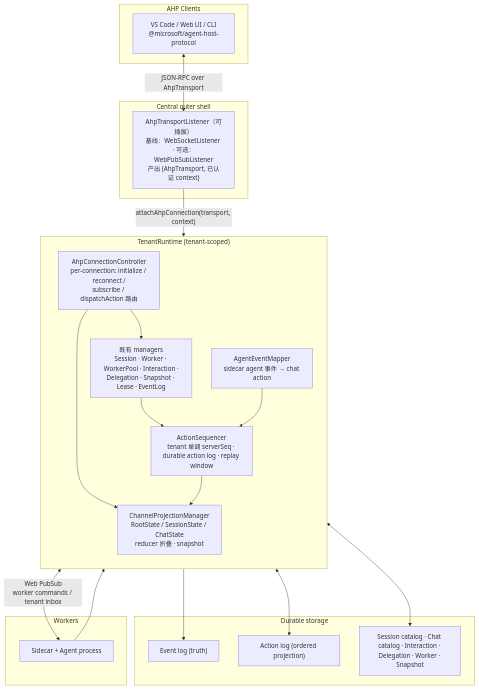
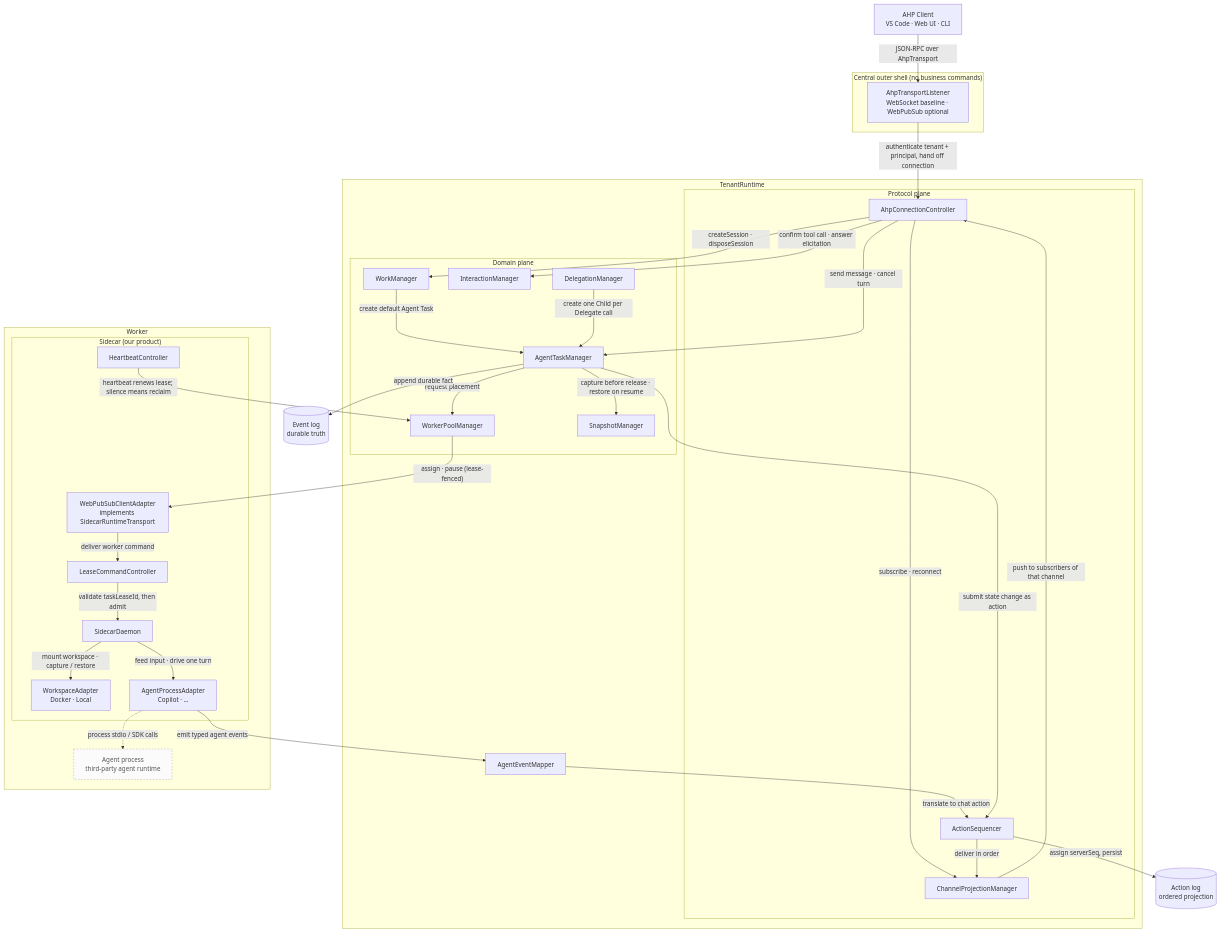
One commit to zackliu/newconduit changed the diagram in specs/ahp-host-alignment-ch.md. Above: the diagram before and after it, drawn with Mermaid. The commit also changed other lines of this file and 1 other file, not shown here.

````diff
--- a/specs/ahp-host-alignment-ch.md
+++ b/specs/ahp-host-alignment-ch.md
@@ -424,42 +510,73 @@
 ```mermaid
 flowchart TB
-    subgraph Clients["AHP Clients"]
-        VSC["VS Code / Web UI / CLI<br/>@microsoft/agent-host-protocol"]
+    VSC["AHP Client<br/>VS Code · Web UI · CLI"]
+
+    subgraph Outer["Central outer shell (no business commands)"]
+        LSN["AhpTransportListener<br/>WebSocket baseline · WebPubSub optional"]
     end
 
-    subgraph Outer["Central outer shell"]
-        LSN["AhpTransportListener（可插拔）<br/>基线：WebSocketListener · 可选：WebPubSubListener<br/>产出 (AhpTransport, 已认证 context)"]
+    subgraph Tenant["TenantRuntime"]
+        subgraph Proto["Protocol plane"]
+            AHPC["AhpConnectionController"]
+            SEQ["ActionSequencer"]
+            PROJ["ChannelProjectionManager"]
+        end
+        MAP["AgentEventMapper"]
+        subgraph Domain["Domain plane"]
+            WORK["WorkManager"]
+            TASK["AgentTaskManager"]
+            INT["InteractionManager"]
+            DEL["DelegationManager"]
+            POOL["WorkerPoolManager"]
+            SNAP["SnapshotManager"]
+        end
     end
 
-    subgraph Tenant["TenantRuntime (tenant-scoped)"]
-        direction TB
-        AHPC["AhpConnectionController<br/>per-connection: initialize / reconnect /<br/>subscribe / dispatchAction 路由"]
-        SEQ["ActionSequencer<br/>tenant 单调 serverSeq · durable action log · replay window"]
-        PROJ["ChannelProjectionManager<br/>RootState / SessionState / ChatState<br/>reducer 折叠 · snapshot"]
-        MAP["AgentEventMapper<br/>sidecar agent 事件 → chat action"]
-        MGR["既有 managers<br/>Session · Worker · WorkerPool · Interaction ·<br/>Delegation · Snapshot · Lease · EventLog"]
-        AHPC --> PROJ
-        AHPC --> MGR
-        MGR --> SEQ
-        MAP --> SEQ
-        SEQ --> PROJ
+    subgraph Worker["Worker"]
+        subgraph Sidecar["Sidecar (our product)"]
+            TR["WebPubSubClientAdapter<br/>implements SidecarRuntimeTransport"]
+            LCC["LeaseCommandController"]
+            HB["HeartbeatController"]
+            DMN["SidecarDaemon"]
+            WSA["WorkspaceAdapter<br/>Docker · Local"]
+            APA["AgentProcessAdapter<br/>Copilot · …"]
+        end
+        AGENT["Agent process<br/>third-party agent runtime"]
     end
 
-    subgraph Store["Durable storage"]
-        EV["Event log (truth)"]
-        AL["Action log (ordered projection)"]
-        ST["Session catalog · Chat catalog · Interaction · Delegation · Worker · Snapshot"]
-    end
+    EV[("Event log<br/>durable truth")]
+    AL[("Action log<br/>ordered projection")]
 
-    subgraph Workers["Workers"]
-        SC["Sidecar + Agent process"]
-    end
+    VSC -->|"JSON-RPC over AhpTransport"| LSN
+    LSN -->|"authenticate tenant + principal, hand off connection"| AHPC
 
-    VSC <-->|"JSON-RPC over AhpTransport"| LSN
-    LSN -->|"attachAhpConnection(transport, context)"| AHPC
-    MGR <--> ST
-    MGR --> EV
-    SEQ <--> AL
-    MGR <-->|"Web PubSub<br/>worker commands / tenant inbox"| SC
-    SC --> MAP
+    AHPC -->|"createSession · disposeSession"| WORK
+    AHPC -->|"send message · cancel turn"| TASK
+    AHPC -->|"confirm tool call · answer elicitation"| INT
+    AHPC -->|"subscribe · reconnect"| PROJ
+
+    WORK -->|"create default Agent Task"| TASK
+    DEL -->|"create one Child per Delegate call"| TASK
+    TASK -->|"request placement"| POOL
+    TASK -->|"capture before release · restore on resume"| SNAP
+    POOL -->|"assign · pause (lease-fenced)"| TR
+    HB -->|"heartbeat renews lease; silence means reclaim"| POOL
+
+    TR -->|"deliver worker command"| LCC
+    LCC -->|"validate taskLeaseId, then admit"| DMN
+    DMN -->|"mount workspace · capture / restore"| WSA
+    DMN -->|"feed input · drive one turn"| APA
+    APA -.->|"process stdio / SDK calls"| AGENT
+    APA -->|"emit typed agent events"| MAP
+
+    MAP -->|"translate to chat action"| SEQ
+    TASK -->|"submit state change as action"| SEQ
+    TASK -->|"append durable fact"| EV
+
+    SEQ -->|"assign serverSeq, persist"| AL
+    SEQ -->|"deliver in order"| PROJ
+    PROJ -->|"push to subscribers of that channel"| AHPC
+
+    classDef external fill:#fbfbfb,stroke:#999,stroke-dasharray:4 4,color:#555
+    class AGENT external
 ```
````
